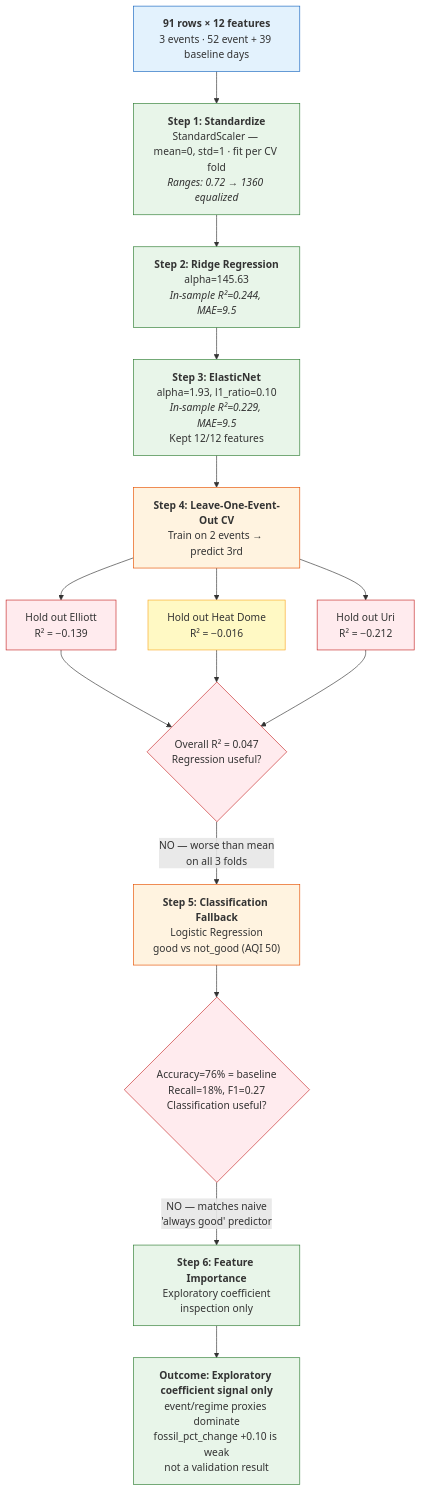
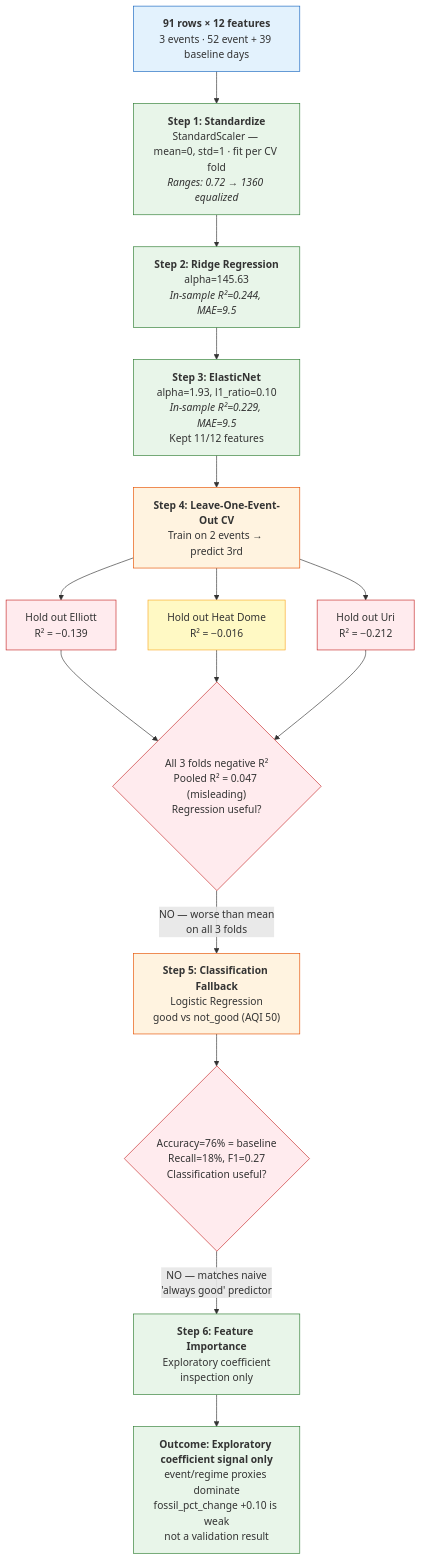
One commit to riyer-pitsoftware/climatepulse changed the first of 4 diagrams in docs/model_training_guide.md. Above: the diagram before and after it, drawn with Mermaid. The commit also changed other lines of this file and 1 other file, not shown here.

````diff
--- a/docs/model_training_guide.md
+++ b/docs/model_training_guide.md
@@ -97,46 +104,46 @@
 ```mermaid
 flowchart TD
     A["<b>91 rows × 12 features</b><br/>3 events · 52 event + 39 baseline days"] --> B
 
     B["<b>Step 1: Standardize</b><br/>StandardScaler — mean=0, std=1 · fit per CV fold<br/><i>Ranges: 0.72 → 1360 equalized</i>"]
     B --> C
 
     C["<b>Step 2: Ridge Regression</b><br/>alpha=145.63<br/><i>In-sample R²=0.244, MAE=9.5</i>"]
     C --> D
 
-    D["<b>Step 3: ElasticNet</b><br/>alpha=1.93, l1_ratio=0.10<br/><i>In-sample R²=0.229, MAE=9.5</i><br/>Kept 12/12 features"]
+    D["<b>Step 3: ElasticNet</b><br/>alpha=1.93, l1_ratio=0.10<br/><i>In-sample R²=0.229, MAE=9.5</i><br/>Kept 11/12 features"]
     D --> E
 
     E["<b>Step 4: Leave-One-Event-Out CV</b><br/>Train on 2 events → predict 3rd"]
     E --> F1["Hold out Elliott<br/>R² = −0.139"]
     E --> F2["Hold out Heat Dome<br/>R² = −0.016"]
     E --> F3["Hold out Uri<br/>R² = −0.212"]
 
-    F1 --> G{"Overall R² = 0.047<br/>Regression useful?"}
+    F1 --> G{"All 3 folds negative R²<br/>Pooled R² = 0.047 (misleading)<br/>Regression useful?"}
     F2 --> G
     F3 --> G
 
     G -- "NO — worse than mean<br/>on all 3 folds" --> H
 
     H["<b>Step 5: Classification Fallback</b><br/>Logistic Regression<br/>good vs not_good (AQI 50)"]
     H --> I{"Accuracy=76% = baseline<br/>Recall=18%, F1=0.27<br/>Classification useful?"}
 
     I -- "NO — matches naive<br/>'always good' predictor" --> J
 
     J["<b>Step 6: Feature Importance</b><br/>Exploratory coefficient<br/>inspection only"]
     J --> K["<b>Outcome: Exploratory coefficient signal only</b><br/>event/regime proxies dominate<br/>fossil_pct_change +0.10 is weak<br/>not a validation result"]
 
     style A fill:#e3f2fd,stroke:#1565c0
     style B fill:#e8f5e9,stroke:#2e7d32
     style C fill:#e8f5e9,stroke:#2e7d32
     style D fill:#e8f5e9,stroke:#2e7d32
     style E fill:#fff3e0,stroke:#e65100
     style F1 fill:#ffebee,stroke:#c62828
     style F2 fill:#fff9c4,stroke:#f9a825
     style F3 fill:#ffebee,stroke:#c62828
     style G fill:#ffebee,stroke:#c62828
     style H fill:#fff3e0,stroke:#e65100
     style I fill:#ffebee,stroke:#c62828
     style J fill:#e8f5e9,stroke:#2e7d32
     style K fill:#e8f5e9,stroke:#2e7d32
 ```
````
